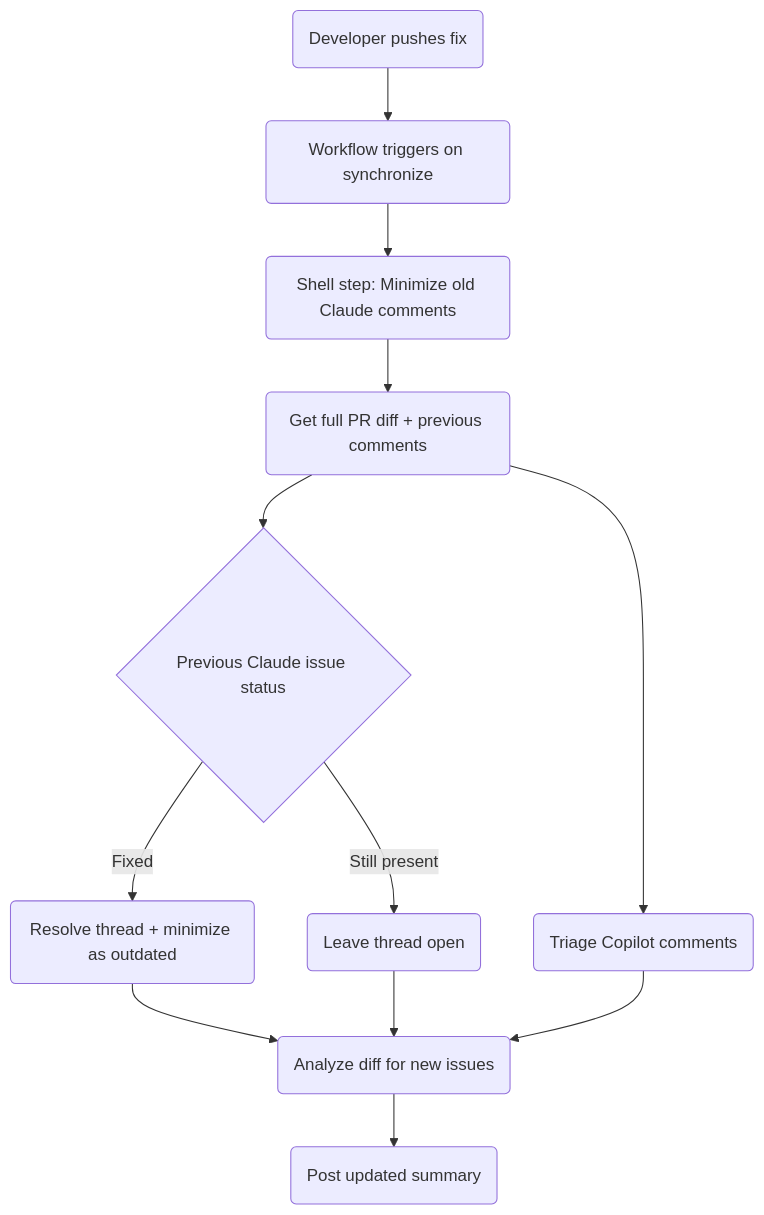
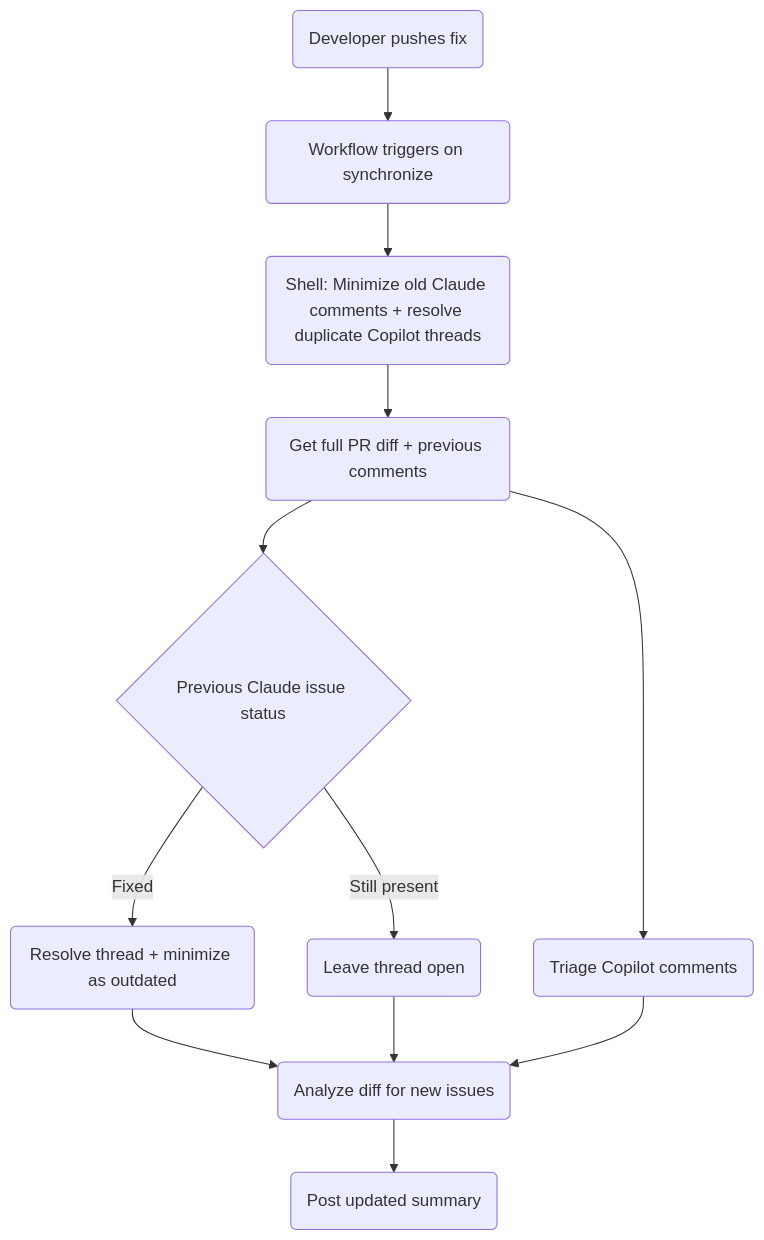
One commit to SchweizerischeBundesbahnen/github-workflows-polarion changed the second of 2 diagrams in docs/claude-code-review.md. Above: the diagram before and after it, drawn with Mermaid. The commit also changed other lines of this file and 1 other file, not shown here.

First line of the commit message:
fix: remove unused COMMIT_SHA, add Copilot dedup shell step

````diff
--- a/docs/claude-code-review.md
+++ b/docs/claude-code-review.md
@@ -160,14 +166,14 @@
 ```mermaid
 flowchart TD
   A(Developer pushes fix) --> B(Workflow triggers on synchronize)
-  B --> C(Shell step: Minimize old Claude comments)
+  B --> C(Shell: Minimize old Claude comments + resolve duplicate Copilot threads)
   C --> D(Get full PR diff + previous comments)
   D --> E{Previous Claude issue status}
   E -->|Fixed| F(Resolve thread + minimize as outdated)
   E -->|Still present| G(Leave thread open)
   D --> H(Triage Copilot comments)
   F --> I(Analyze diff for new issues)
   G --> I
   H --> I
   I --> J(Post updated summary)
 ```
````
